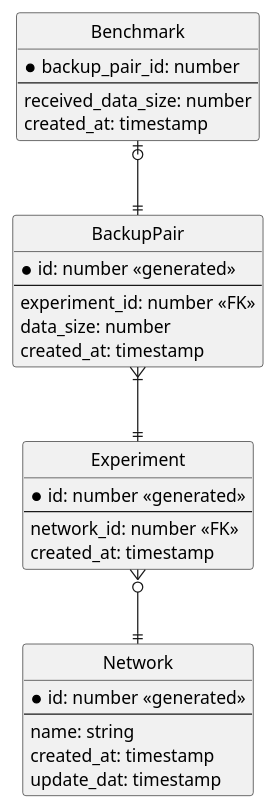
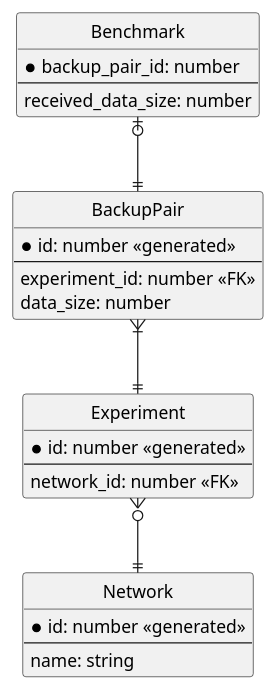
One commit to TOMOFUMI-KONDO/disaster-resistant-network changed the diagram in benchmark/ER-diagram.puml. Above: the diagram before and after it, drawn with PlantUML.

Commit message:
feat: create ER diagram for benchmark record

```diff
--- a/benchmark/ER-diagram.puml
+++ b/benchmark/ER-diagram.puml
@@ -1,40 +1,35 @@
 @startuml
 
 hide circle
 skinparam linetype ortho
 
 entity Benchmark {
   *backup_pair_id: number
   --
   received_data_size: number
-  created_at: timestamp
 }
 
 entity BackupPair {
   *id: number <<generated>>
   --
   experiment_id: number <<FK>>
   data_size: number
-  created_at: timestamp
 }
 
 entity Experiment {
   *id: number <<generated>>
   --
   network_id: number <<FK>>
-  created_at: timestamp
 }
 
 entity Network {
   *id: number <<generated>>
   --
   name: string
-  created_at: timestamp
-  update_dat: timestamp
 }
 
 Benchmark |o--|| BackupPair
 BackupPair }|--|| Experiment
 Experiment }o--|| Network
 
 @enduml
```
